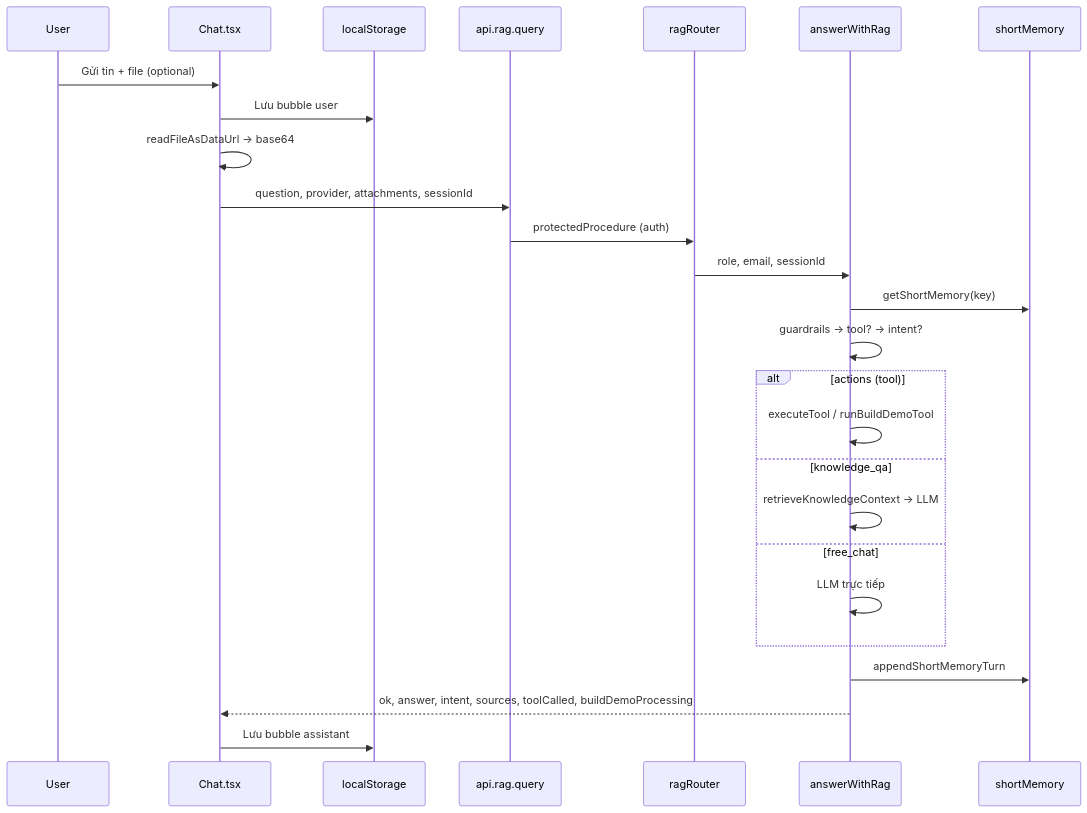
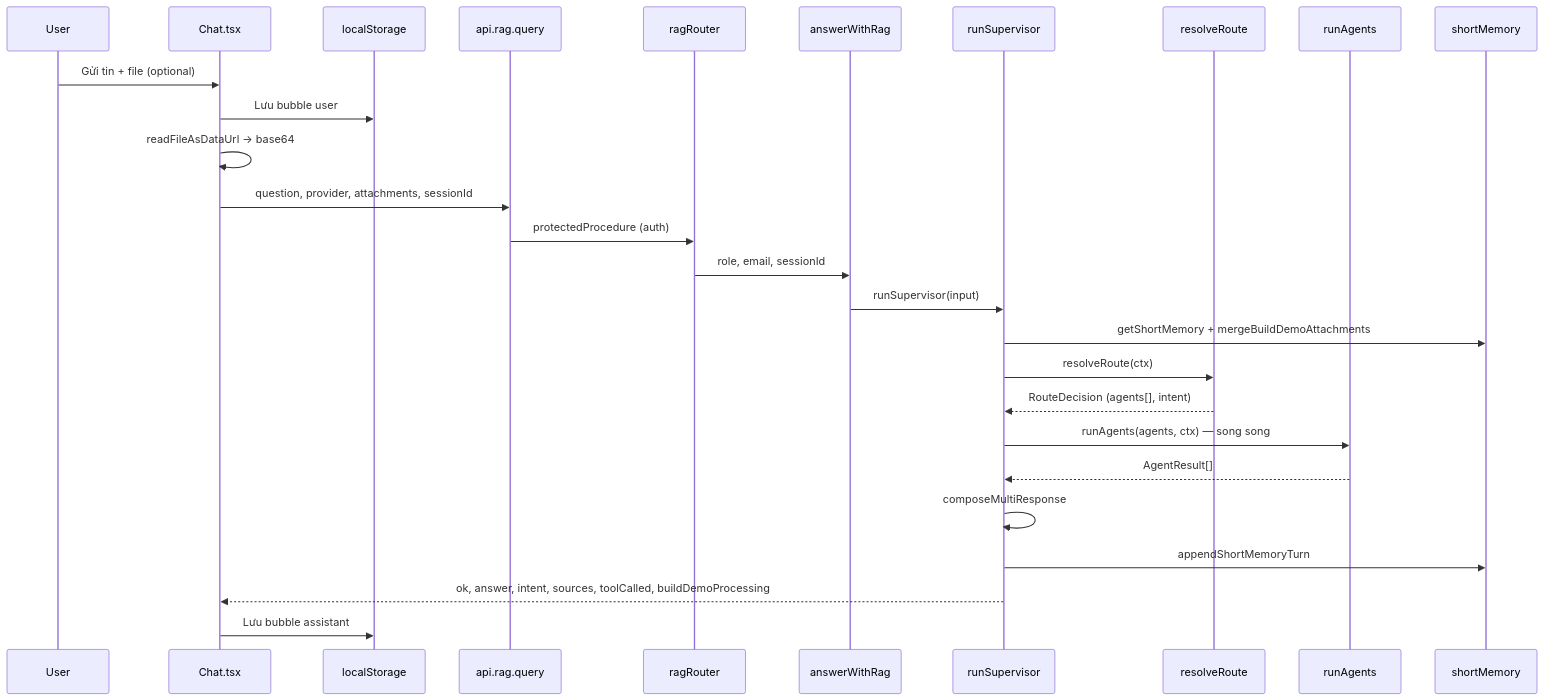
Before and after one commit to Th4nh2603/NewDashboardYomedia: the first of 4 diagrams in docs/chat-agent-flow.md, drawn with Mermaid. The commit also changed other lines of this file and 48 other files, not shown here.

First line of the commit message:
refactor(ai): multi-agent supervisor orchestration with tool-based execution

````diff
--- a/docs/chat-agent-flow.md
+++ b/docs/chat-agent-flow.md
@@ -28,29 +29,30 @@
 ```mermaid
 sequenceDiagram
   participant U as User
   participant C as Chat.tsx
   participant LS as localStorage
   participant API as api.rag.query
   participant R as ragRouter
   participant A as answerWithRag
+  participant S as runSupervisor
+  participant RT as resolveRoute
+  participant AG as runAgents
   participant M as shortMemory
 
   U->>C: Gửi tin + file (optional)
   C->>LS: Lưu bubble user
   C->>C: readFileAsDataUrl → base64
   C->>API: question, provider, attachments, sessionId
   API->>R: protectedProcedure (auth)
   R->>A: role, email, sessionId
-  A->>M: getShortMemory(key)
-  A->>A: guardrails → tool? → intent?
-  alt actions (tool)
-    A->>A: executeTool / runBuildDemoTool
-  else knowledge_qa
-    A->>A: retrieveKnowledgeContext → LLM
-  else free_chat
-    A->>A: LLM trực tiếp
-  end
-  A->>M: appendShortMemoryTurn
-  A-->>C: ok, answer, intent, sources, toolCalled, buildDemoProcessing
+  A->>S: runSupervisor(input)
+  S->>M: getShortMemory + mergeBuildDemoAttachments
+  S->>RT: resolveRoute(ctx)
+  RT-->>S: RouteDecision (agents[], intent)
+  S->>AG: runAgents(agents, ctx) — song song
+  AG-->>S: AgentResult[]
+  S->>S: composeMultiResponse
+  S->>M: appendShortMemoryTurn
+  S-->>C: ok, answer, intent, sources, toolCalled, buildDemoProcessing
   C->>LS: Lưu bubble assistant
 ```
````
